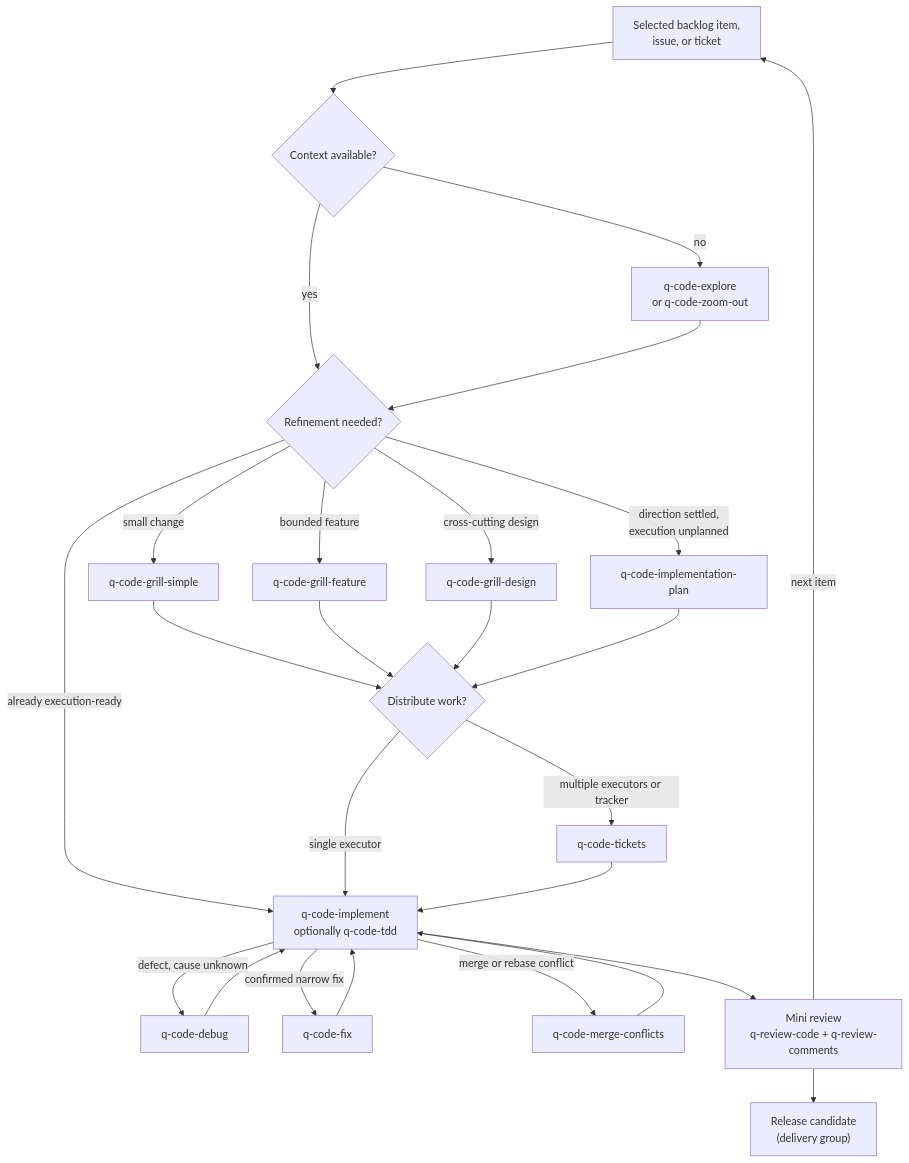
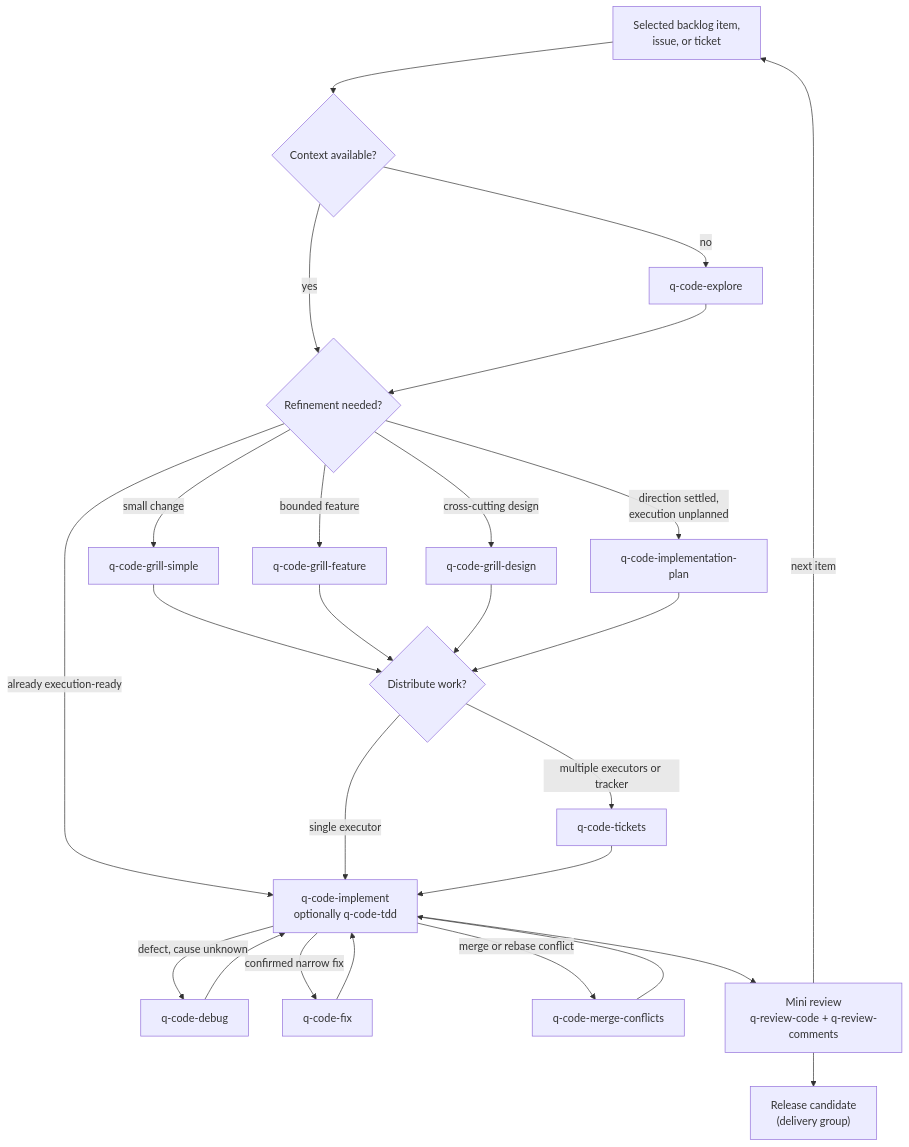
One commit to flaviogragnolati/ai-workflow changed the diagram in skills/code/README.md. Above: the diagram before and after it, drawn with Mermaid. The commit also changed other lines of this file and 27 other files, not shown here.

````diff
--- a/skills/code/README.md
+++ b/skills/code/README.md
@@ -9,28 +9,28 @@
 ```mermaid
 flowchart TB
     SEL["Selected backlog item,<br/>issue, or ticket"] --> OR{"Context available?"}
-    OR -->|"no"| EX["q-code-explore<br/>or q-code-zoom-out"]
+    OR -->|"no"| EX["q-code-explore"]
     OR -->|"yes"| RF{"Refinement needed?"}
     EX --> RF
     RF -->|"small change"| G1["q-code-grill-simple"]
     RF -->|"bounded feature"| G2["q-code-grill-feature"]
     RF -->|"cross-cutting design"| G3["q-code-grill-design"]
     RF -->|"direction settled,<br/>execution unplanned"| IP["q-code-implementation-plan"]
     RF -->|"already execution-ready"| IM["q-code-implement<br/>optionally q-code-tdd"]
     G1 --> TK{"Distribute work?"}
     G2 --> TK
     G3 --> TK
     IP --> TK
     TK -->|"multiple executors or tracker"| TI["q-code-tickets"]
     TK -->|"single executor"| IM
     TI --> IM
     IM -->|"defect, cause unknown"| DB["q-code-debug"]
     IM -->|"confirmed narrow fix"| FX["q-code-fix"]
     IM -->|"merge or rebase conflict"| MC["q-code-merge-conflicts"]
     DB --> IM
     FX --> IM
     MC --> IM
     IM --> MR["Mini review<br/>q-review-code + q-review-comments"]
     MR -->|"next item"| SEL
     MR --> RC["Release candidate<br/>(delivery group)"]
 ```
````
